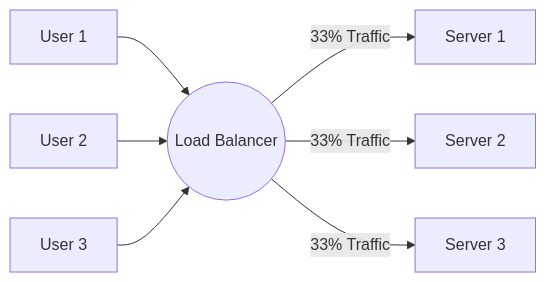
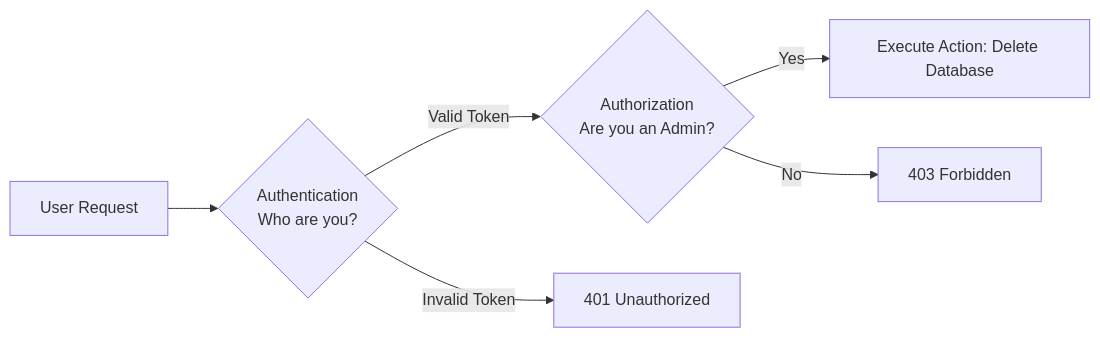
One commit to Sujalkathait/high-level-design changed diagram 16 of 22 in README.md. Above: the diagram before and after it, drawn with Mermaid. The commit also changed other lines of this file, not shown here.

Commit message:
docs: complete Stage 1 (Phase 1 & Phase 2) with 31 topics, diagrams & simple English

````diff
--- a/README.md
+++ b/README.md
@@ -257,10 +543,8 @@
 ```mermaid
 graph LR
-    User1[User 1] --> LB((Load Balancer))
-    User2[User 2] --> LB
-    User3[User 3] --> LB
-
-    LB -- 33% Traffic --> S1[Server 1]
-    LB -- 33% Traffic --> S2[Server 2]
-    LB -- 33% Traffic --> S3[Server 3]
+    Request[User Request] --> AuthCheck{Authentication\nWho are you?}
+    AuthCheck -- Valid Token --> RoleCheck{Authorization\nAre you an Admin?}
+    AuthCheck -- Invalid Token --> R401[401 Unauthorized]
+    RoleCheck -- Yes --> Allow[Execute Action: Delete Database]
+    RoleCheck -- No --> R403[403 Forbidden]
 ```
````
